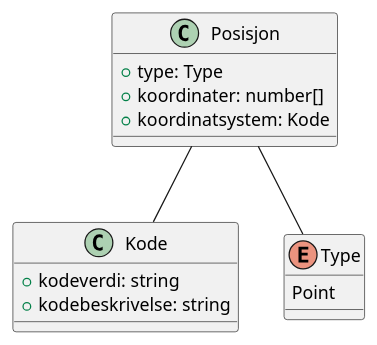
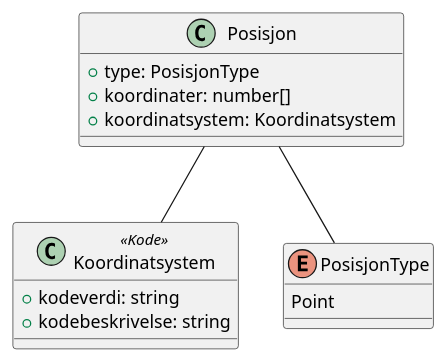
Before and after one commit to ks-no/fiks-plan-specification: the diagram in Dokumentasjon/V2/SchemaModels/no.ks.fiks.plan.v2.felles.posisjon/posisjon.pu, drawn with PlantUML. The commit also changed 28 other files, not shown here.

Commit message:
Flere oppdateringer på UML

```diff
--- a/Dokumentasjon/V2/SchemaModels/no.ks.fiks.plan.v2.felles.posisjon/posisjon.pu
+++ b/Dokumentasjon/V2/SchemaModels/no.ks.fiks.plan.v2.felles.posisjon/posisjon.pu
@@ -1,20 +1,20 @@
 @startuml
 class Posisjon {
-    +type: Type
+    +type: PosisjonType
     +koordinater: number[]
-    +koordinatsystem: Kode
+    +koordinatsystem: Koordinatsystem
 }
 
-Posisjon -- Kode
-Posisjon -- Type
+Posisjon -- Koordinatsystem
+Posisjon -- PosisjonType
 
-class Kode {
+class Koordinatsystem <<Kode>> {
     +kodeverdi: string
     +kodebeskrivelse: string
 }
 
-enum Type {
+enum PosisjonType {
     Point
 }
 
 @enduml
```
